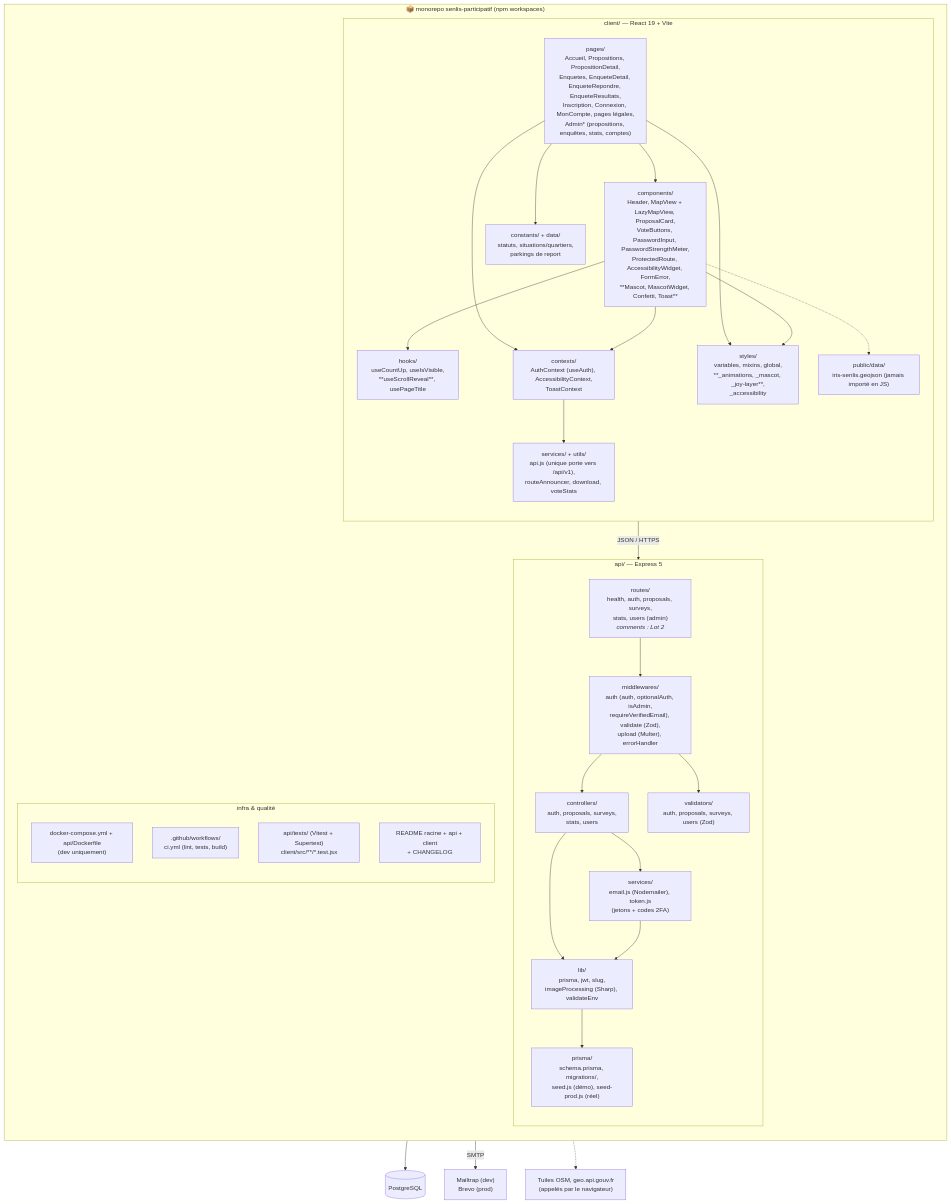
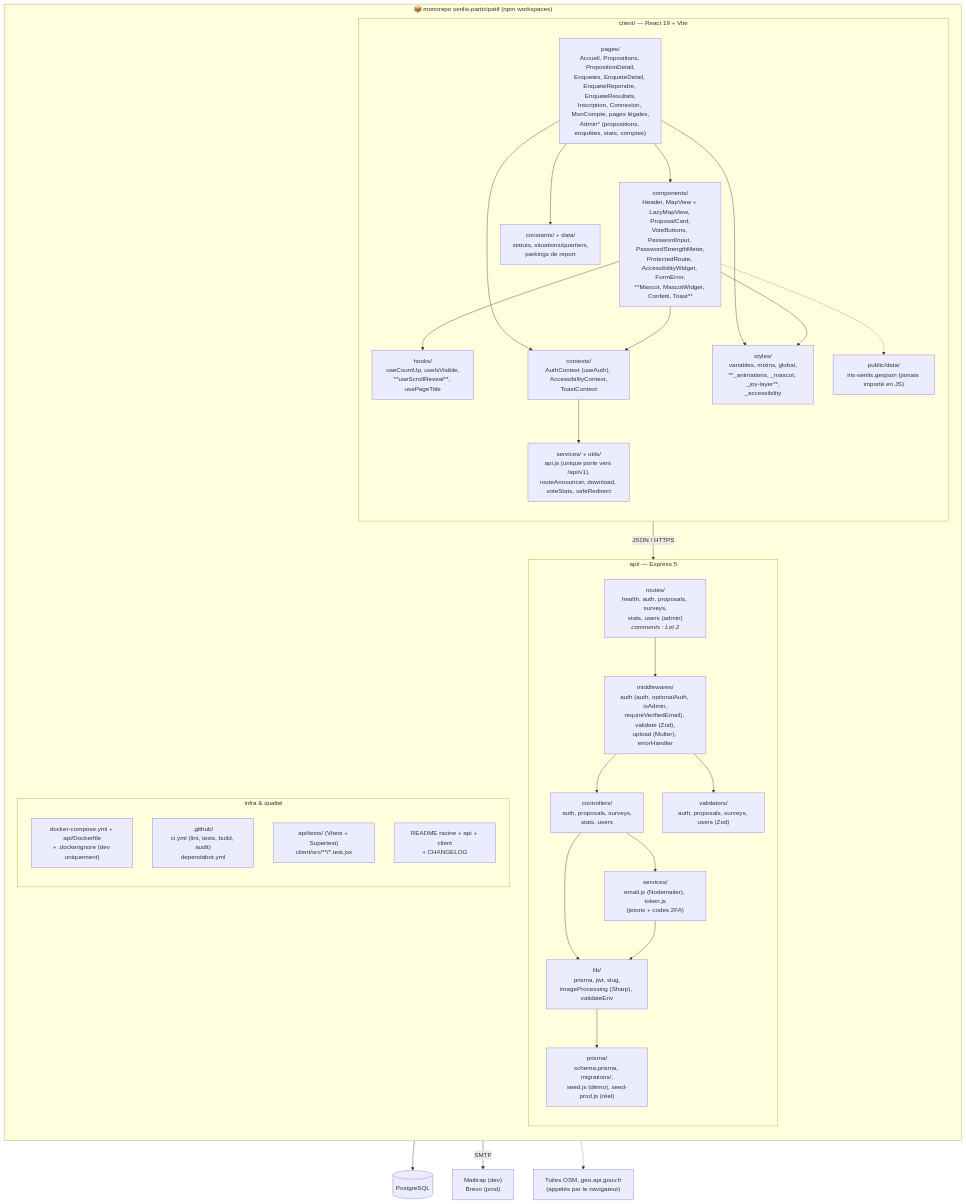
Before and after one commit to Nathalie-Leduc/Senlis-Participatif-docs: the diagram in 13-diagramme-package.md, drawn with Mermaid. The commit also changed 4 other files, not shown here.

Commit message:
docs: S5A-08 — fin du Sprint 5 audit (16, 21), CI/Dependabot (15), packages (13)

````diff
--- a/13-diagramme-package.md
+++ b/13-diagramme-package.md
@@ -7,58 +7,58 @@
 ```mermaid
 flowchart TB
     subgraph REPO ["📦 monorepo senlis-participatif (npm workspaces)"]
         direction TB
 
         subgraph CLIENT ["client/ — React 19 + Vite"]
             direction TB
             PAGES["pages/<br/>Accueil, Propositions, PropositionDetail,<br/>Enquetes, EnqueteDetail, EnqueteRepondre, EnqueteResultats,<br/>Inscription, Connexion, MonCompte, pages légales,<br/>Admin* (propositions, enquêtes, stats, comptes)"]
             COMP["components/<br/>Header, MapView + LazyMapView, ProposalCard,<br/>VoteButtons, PasswordInput, PasswordStrengthMeter,<br/>ProtectedRoute, AccessibilityWidget, FormError,<br/>**Mascot, MascotWidget, Confetti, Toast**"]
             CTX["contexts/<br/>AuthContext (useAuth), AccessibilityContext,<br/>ToastContext"]
             HOOKS["hooks/<br/>useCountUp, useIsVisible,<br/>**useScrollReveal**, usePageTitle"]
             CONST["constants/ + data/<br/>statuts, situations/quartiers,<br/>parkings de report"]
-            SRV_C["services/ + utils/<br/>api.js (unique porte vers /api/v1),<br/>routeAnnouncer, download, voteStats"]
+            SRV_C["services/ + utils/<br/>api.js (unique porte vers /api/v1),<br/>routeAnnouncer, download, voteStats, safeRedirect"]
             STYLES["styles/<br/>variables, mixins, global,<br/>**_animations, _mascot, _joy-layer**,<br/>_accessibility"]
             PUB["public/data/<br/>iris-senlis.geojson (jamais importé en JS)"]
             PAGES --> COMP --> HOOKS
             PAGES --> CTX --> SRV_C
             COMP --> CTX
             PAGES --> CONST
             PAGES --> STYLES
             COMP --> STYLES
             COMP -.-> PUB
         end
 
         subgraph API ["api/ — Express 5"]
             direction TB
             ROUTES["routes/<br/>health, auth, proposals, surveys,<br/>stats, users (admin)<br/><i>comments : Lot 2</i>"]
             MIDDLE["middlewares/<br/>auth (auth, optionalAuth, isAdmin,<br/>requireVerifiedEmail), validate (Zod),<br/>upload (Multer), errorHandler"]
             CTRL["controllers/<br/>auth, proposals, surveys,<br/>stats, users"]
             SRV_A["services/<br/>email.js (Nodemailer), token.js<br/>(jetons + codes 2FA)"]
             LIB["lib/<br/>prisma, jwt, slug,<br/>imageProcessing (Sharp), validateEnv"]
             VALID["validators/<br/>auth, proposals, surveys, users (Zod)"]
             PRISMA["prisma/<br/>schema.prisma, migrations/,<br/>seed.js (démo), seed-prod.js (réel)"]
             ROUTES --> MIDDLE --> CTRL --> SRV_A
             MIDDLE --> VALID
             CTRL --> LIB
             SRV_A --> LIB
             LIB --> PRISMA
         end
 
         subgraph INFRA ["infra & qualité"]
             direction TB
-            DOCKER["docker-compose.yml + api/Dockerfile<br/>(dev uniquement)"]
-            CI[".github/workflows/<br/>ci.yml (lint, tests, build)"]
+            DOCKER["docker-compose.yml + api/Dockerfile<br/>+ .dockerignore (dev uniquement)"]
+            CI[".github/<br/>ci.yml (lint, tests, build, audit)<br/>dependabot.yml"]
             TESTS["api/tests/ (Vitest + Supertest)<br/>client/src/**/*.test.jsx"]
             DOCS["README racine + api + client<br/>+ CHANGELOG"]
         end
     end
 
     DB[("PostgreSQL")]
     EXT1["Mailtrap (dev)<br/>Brevo (prod)"]
     EXT2["Tuiles OSM, geo.api.gouv.fr<br/>(appelés par le navigateur)"]
 
     SRV_C -- "JSON / HTTPS" --> ROUTES
     PRISMA --> DB
     SRV_A -- "SMTP" --> EXT1
     COMP -.-> EXT2
 ```
````
